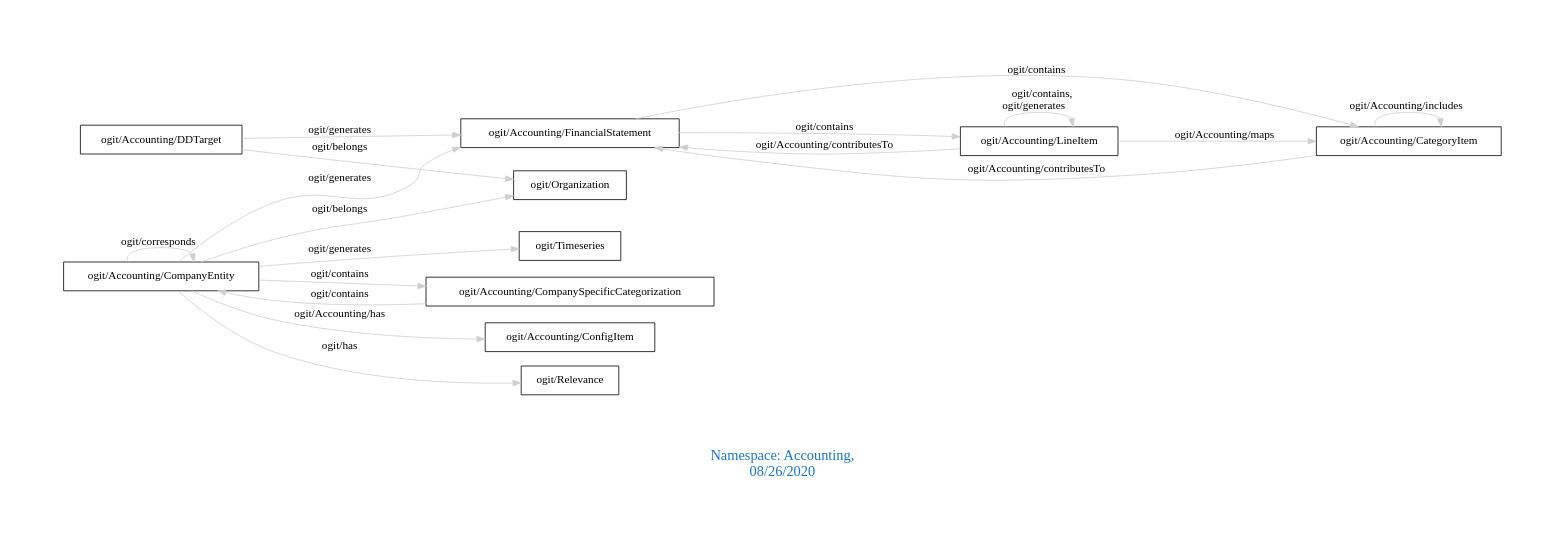
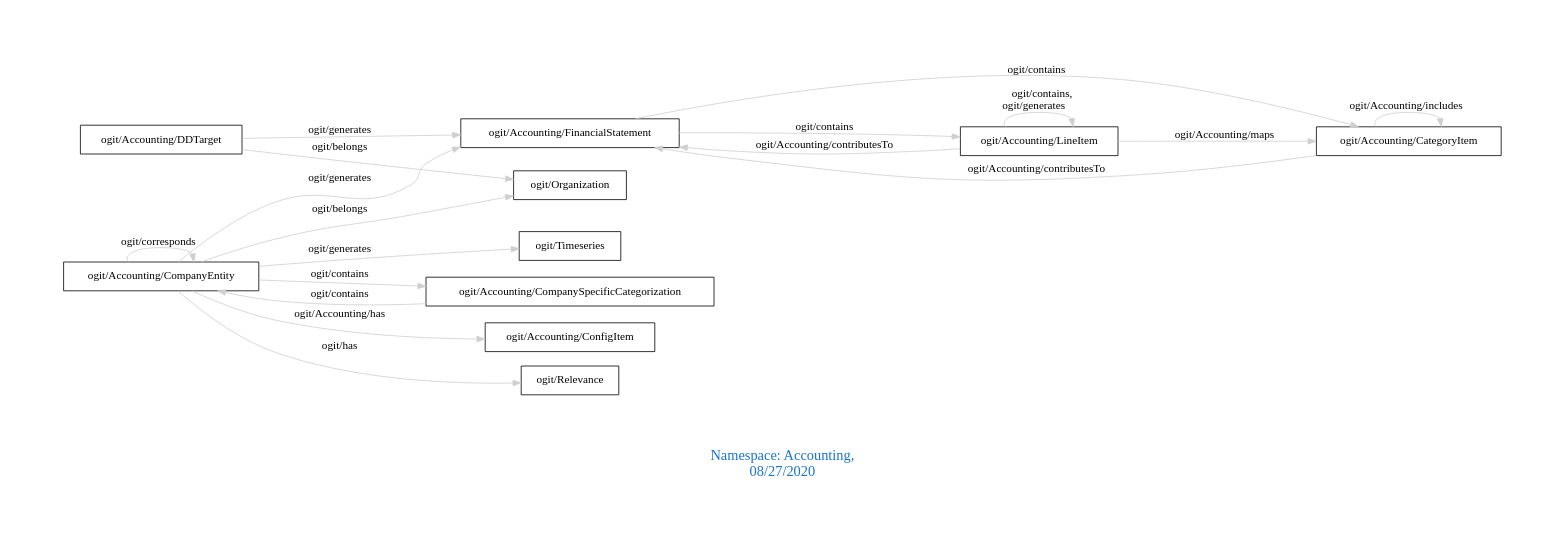
The diagram in downloads/Accounting.dot (arago/OGIT), drawn with Graphviz before and after one commit. The commit also changed 1817 other files, not shown here.

```diff
--- a/downloads/Accounting.dot
+++ b/downloads/Accounting.dot
@@ -1,25 +1,25 @@
 digraph OGIT_ontology {
  graph [ rankdir= LR,pad=1 
 fontsize = 18,
-fontcolor= dodgerblue3,label = "\n\n\nNamespace: Accounting, \n 08/26/2020"];
+fontcolor= dodgerblue3,label = "\n\n\nNamespace: Accounting, \n 08/27/2020"];
 node[shape=polygon];
 edge [  color="gray81"];
 
    "ogit/Accounting/CompanyEntity" -> "ogit/Accounting/CompanySpecificCategorization" [label="   ogit/contains    "];
    "ogit/Accounting/CompanySpecificCategorization" -> "ogit/Accounting/CompanyEntity" [label="   ogit/contains    "];
    "ogit/Accounting/FinancialStatement" -> "ogit/Accounting/LineItem" [label="   ogit/contains    "];
    "ogit/Accounting/FinancialStatement" -> "ogit/Accounting/CategoryItem" [label="   ogit/contains    "];
    "ogit/Accounting/CompanyEntity" -> "ogit/Accounting/FinancialStatement" [label="   ogit/generates    "];
    "ogit/Accounting/CompanyEntity" -> "ogit/Timeseries" [label="   ogit/generates    "];
    "ogit/Accounting/DDTarget" -> "ogit/Accounting/FinancialStatement" [label="   ogit/generates    "];
    "ogit/Accounting/CategoryItem" -> "ogit/Accounting/FinancialStatement" [label="   ogit/Accounting/contributesTo    "];
    "ogit/Accounting/LineItem" -> "ogit/Accounting/FinancialStatement" [label="   ogit/Accounting/contributesTo    "];
    "ogit/Accounting/LineItem" -> "ogit/Accounting/CategoryItem" [label="   ogit/Accounting/maps    "];
    "ogit/Accounting/CompanyEntity" -> "ogit/Organization" [label="   ogit/belongs    "];
    "ogit/Accounting/DDTarget" -> "ogit/Organization" [label="   ogit/belongs    "];
    "ogit/Accounting/CompanyEntity" -> "ogit/Accounting/ConfigItem" [label="   ogit/Accounting/has    "];
    "ogit/Accounting/CompanyEntity" -> "ogit/Relevance" [label="   ogit/has    "];
    "ogit/Accounting/CategoryItem" -> "ogit/Accounting/CategoryItem" [label="   ogit/Accounting/includes    "];
    "ogit/Accounting/CompanyEntity" -> "ogit/Accounting/CompanyEntity" [label="   ogit/corresponds    "];
    "ogit/Accounting/LineItem" -> "ogit/Accounting/LineItem" [label="   ogit/contains, \n ogit/generates    "];
 }
```
